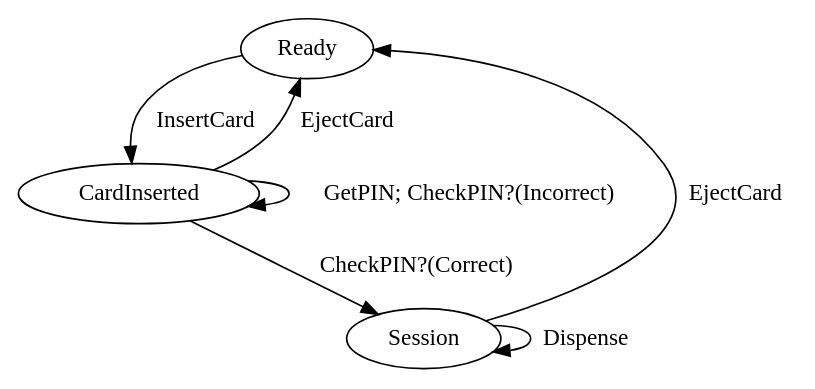
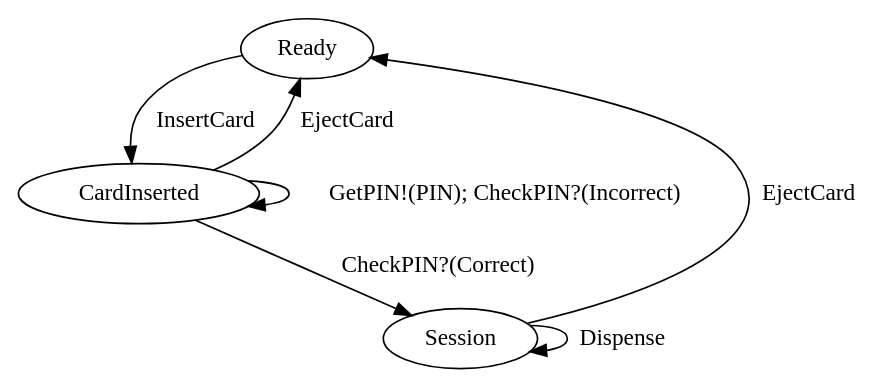
Before and after one commit to CodingCellist/idris2-dsa-gen: the diagram in examples/ATM.gv, drawn with Graphviz.

Commit message:
The `GetPIN` command produces a PIN
N.B.: Here's another limitation: we currently cannot generate the types
      returned by produce commands/edges.

```diff
--- a/examples/ATM.gv
+++ b/examples/ATM.gv
@@ -1,8 +1,8 @@
 digraph ATM {
     Ready -> CardInserted [label="InsertCard"];
     CardInserted -> Ready [label="EjectCard"];
-    CardInserted -> CardInserted [label="GetPIN; CheckPIN?(Incorrect)"];
+    CardInserted -> CardInserted [label="GetPIN!(PIN); CheckPIN?(Incorrect)"];
     CardInserted -> Session [label="CheckPIN?(Correct)"];
     Session -> Session [label="Dispense"];
     Session -> Ready [label="EjectCard"];   // not entirely correct
 }
```
